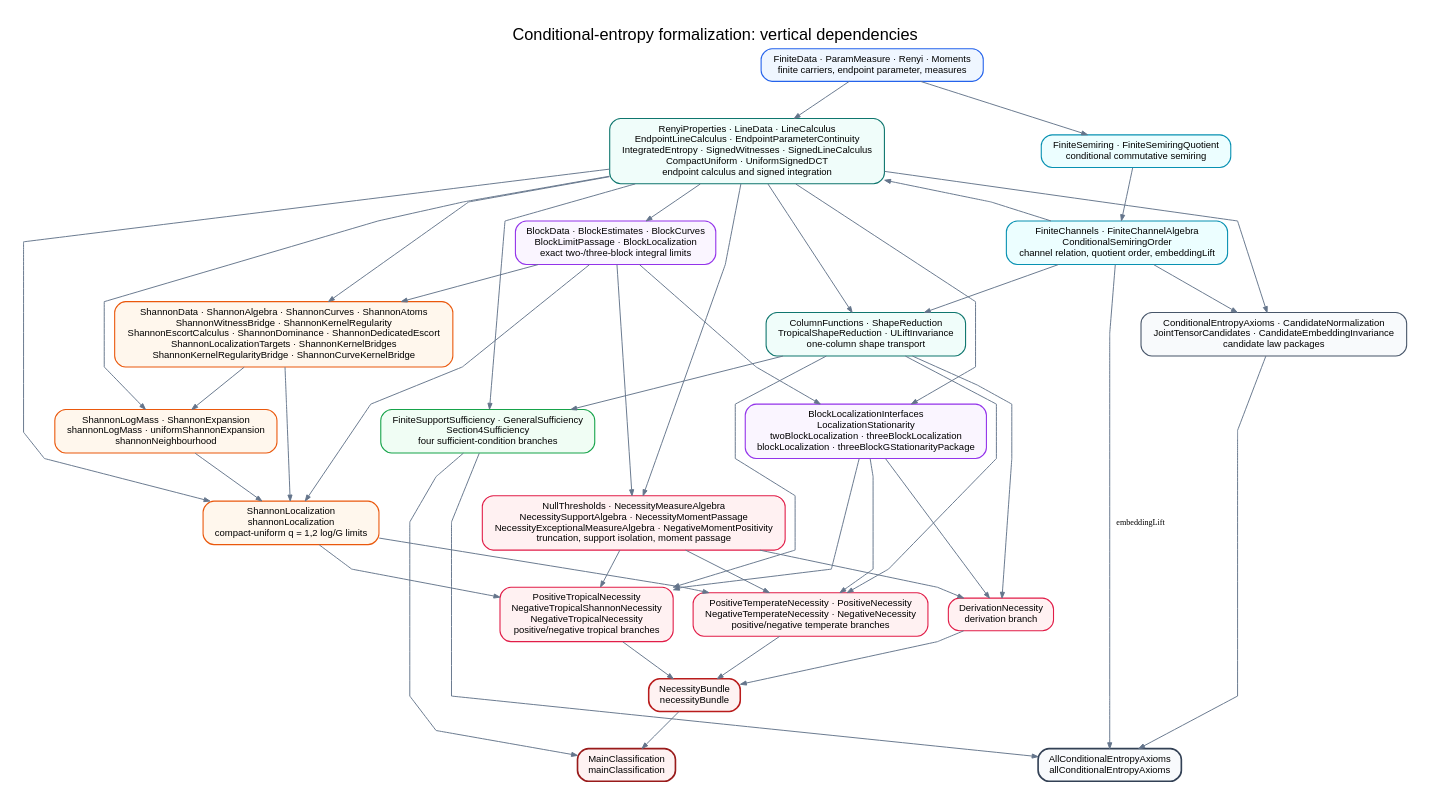
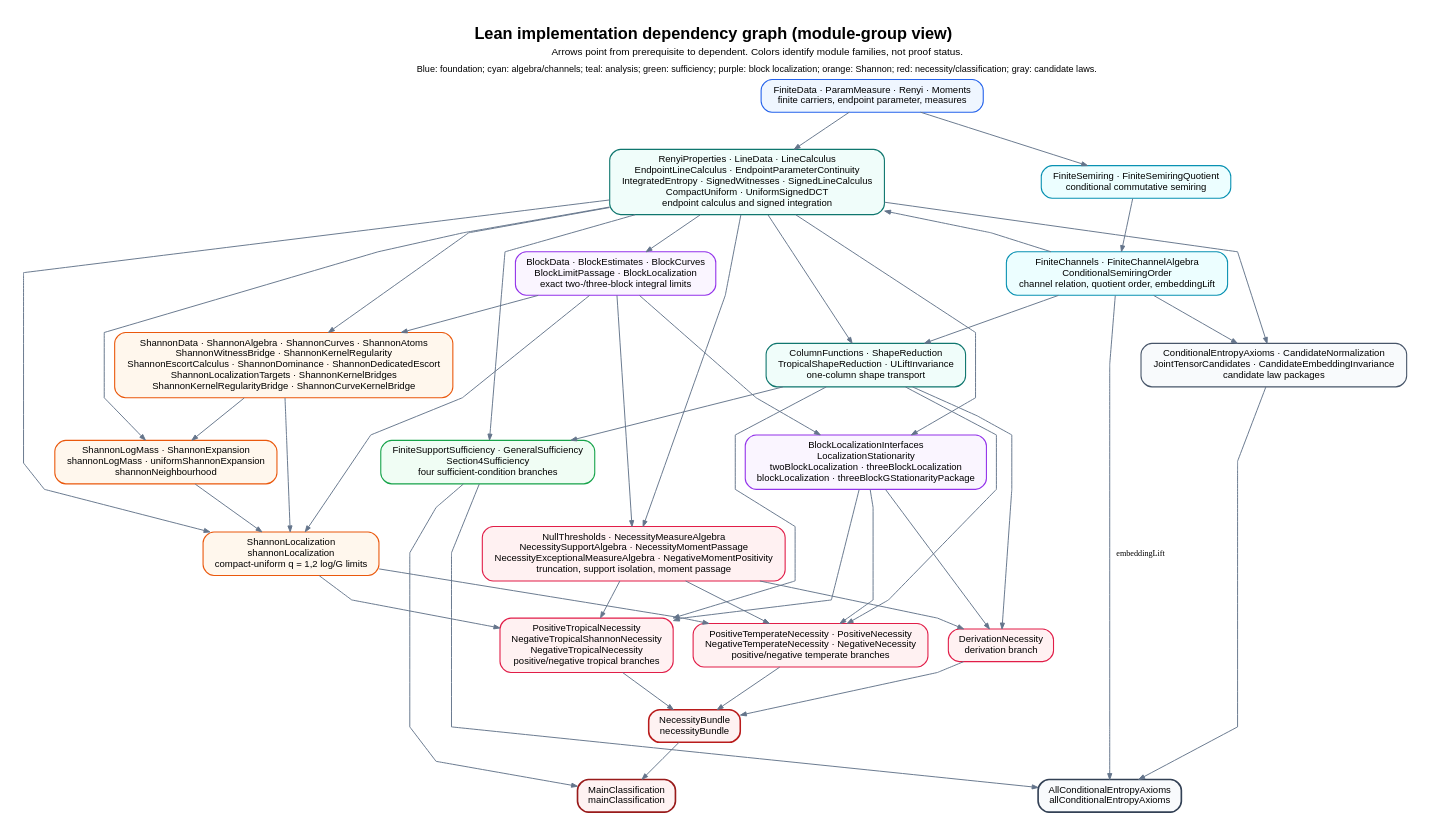
One commit to robertorubboli/A-complete-characterization-of-conditional-entropies changed the diagram in paper/dependency-graph.dot. Above: the diagram before and after it, drawn with Graphviz. The commit also changed 17 other files, not shown here.

Commit message:
Distinguish dependency graph views

```diff
--- a/paper/dependency-graph.dot
+++ b/paper/dependency-graph.dot
@@ -1,114 +1,116 @@
 digraph ConditionalEntropyDependencies {
   graph [rankdir=TB, bgcolor="white", pad=0.25, nodesep=0.30,
          ranksep=0.55, splines=polyline, newrank=true,
          fontname="Arial", fontsize=18,
-         label="Conditional-entropy formalization: vertical dependencies",
+         label=<<FONT POINT-SIZE="18"><B>Lean implementation dependency graph (module-group view)</B></FONT><BR/>
+                <FONT POINT-SIZE="11">Arrows point from prerequisite to dependent. Colors identify module families, not proof status.</FONT><BR/>
+                <FONT POINT-SIZE="10">Blue: foundation; cyan: algebra/channels; teal: analysis; green: sufficiency; purple: block localization; orange: Shannon; red: necessity/classification; gray: candidate laws.</FONT>>,
          labelloc=t];
   node [shape=box, style="rounded,filled", penwidth=1.2,
         fontname="Arial", fontsize=10.5, margin="0.15,0.09"];
   edge [color="#64748b", penwidth=1.05, arrowsize=0.65];
 
   foundation [label="FiniteData · ParamMeasure · Renyi · Moments\nfinite carriers, endpoint parameter, measures",
               fillcolor="#eff6ff", color="#2563eb"];
 
   semiring [label="FiniteSemiring · FiniteSemiringQuotient\nconditional commutative semiring",
             fillcolor="#ecfeff", color="#0891b2"];
   channels [label="FiniteChannels · FiniteChannelAlgebra\nConditionalSemiringOrder\nchannel relation, quotient order, embeddingLift",
             fillcolor="#ecfeff", color="#0891b2"];
 
   endpoint [label="RenyiProperties · LineData · LineCalculus\nEndpointLineCalculus · EndpointParameterContinuity\nIntegratedEntropy · SignedWitnesses · SignedLineCalculus\nCompactUniform · UniformSignedDCT\nendpoint calculus and signed integration",
             fillcolor="#f0fdfa", color="#0f766e"];
   shape [label="ColumnFunctions · ShapeReduction\nTropicalShapeReduction · ULiftInvariance\none-column shape transport",
          fillcolor="#f0fdfa", color="#0f766e"];
 
   sufficiency [label="FiniteSupportSufficiency · GeneralSufficiency\nSection4Sufficiency\nfour sufficient-condition branches",
                fillcolor="#f0fdf4", color="#16a34a"];
 
   block [label="BlockData · BlockEstimates · BlockCurves\nBlockLimitPassage · BlockLocalization\nexact two-/three-block integral limits",
          fillcolor="#faf5ff", color="#9333ea"];
   block_interface [label="BlockLocalizationInterfaces\nLocalizationStationarity\ntwoBlockLocalization · threeBlockLocalization\nblockLocalization · threeBlockGStationarityPackage",
                    fillcolor="#faf5ff", color="#9333ea"];
 
   shannon_core [label="ShannonData · ShannonAlgebra · ShannonCurves · ShannonAtoms\nShannonWitnessBridge · ShannonKernelRegularity\nShannonEscortCalculus · ShannonDominance · ShannonDedicatedEscort\nShannonLocalizationTargets · ShannonKernelBridges\nShannonKernelRegularityBridge · ShannonCurveKernelBridge",
                 fillcolor="#fff7ed", color="#ea580c"];
   shannon_asymptotics [label="ShannonLogMass · ShannonExpansion\nshannonLogMass · uniformShannonExpansion\nshannonNeighbourhood",
                        fillcolor="#fff7ed", color="#ea580c"];
   shannon_localization [label="ShannonLocalization\nshannonLocalization\ncompact-uniform q = 1,2 log/G limits",
                         fillcolor="#fff7ed", color="#ea580c"];
 
   necessity_measure [label="NullThresholds · NecessityMeasureAlgebra\nNecessitySupportAlgebra · NecessityMomentPassage\nNecessityExceptionalMeasureAlgebra · NegativeMomentPositivity\ntruncation, support isolation, moment passage",
                      fillcolor="#fff1f2", color="#e11d48"];
   temperate [label="PositiveTemperateNecessity · PositiveNecessity\nNegativeTemperateNecessity · NegativeNecessity\npositive/negative temperate branches",
              fillcolor="#fff1f2", color="#e11d48"];
   tropical [label="PositiveTropicalNecessity\nNegativeTropicalShannonNecessity\nNegativeTropicalNecessity\npositive/negative tropical branches",
             fillcolor="#fff1f2", color="#e11d48"];
   derivation [label="DerivationNecessity\nderivation branch",
               fillcolor="#fff1f2", color="#e11d48"];
 
   necessity_bundle [label="NecessityBundle\nnecessityBundle",
                     fillcolor="#fef2f2", color="#b91c1c", penwidth=1.7];
   classification [label="MainClassification\nmainClassification",
                   fillcolor="#fef2f2", color="#991b1b", penwidth=1.8];
 
   candidate_axioms [label="ConditionalEntropyAxioms · CandidateNormalization\nJointTensorCandidates · CandidateEmbeddingInvariance\ncandidate law packages",
                     fillcolor="#f8fafc", color="#475569"];
   all_axioms [label="AllConditionalEntropyAxioms\nallConditionalEntropyAxioms",
               fillcolor="#f8fafc", color="#334155", penwidth=1.8];
 
   { rank=same; semiring; endpoint }
   { rank=same; sufficiency; block_interface; shannon_asymptotics }
   { rank=same; temperate; tropical; derivation }
   { rank=same; classification; all_axioms }
 
   foundation -> semiring;
   foundation -> endpoint;
   semiring -> channels;
   channels -> endpoint;
   channels -> shape;
   endpoint -> shape;
 
   endpoint -> sufficiency;
   shape -> sufficiency;
 
   endpoint -> block;
   block -> block_interface;
   endpoint -> block_interface;
 
   block -> shannon_core;
   endpoint -> shannon_core;
   shannon_core -> shannon_asymptotics;
   endpoint -> shannon_asymptotics;
   shannon_asymptotics -> shannon_localization;
   shannon_core -> shannon_localization;
   block -> shannon_localization;
   endpoint -> shannon_localization;
 
   endpoint -> necessity_measure;
   block -> necessity_measure;
 
   shape -> temperate;
   block_interface -> temperate;
   shannon_localization -> temperate;
   necessity_measure -> temperate;
 
   shape -> tropical;
   block_interface -> tropical;
   shannon_localization -> tropical;
   necessity_measure -> tropical;
 
   shape -> derivation;
   block_interface -> derivation;
   necessity_measure -> derivation;
 
   temperate -> necessity_bundle;
   tropical -> necessity_bundle;
   derivation -> necessity_bundle;
   necessity_bundle -> classification;
   sufficiency -> classification;
 
   channels -> candidate_axioms;
   endpoint -> candidate_axioms;
   candidate_axioms -> all_axioms;
   sufficiency -> all_axioms;
   channels -> all_axioms [label="embeddingLift", fontsize=9];
 }
```
